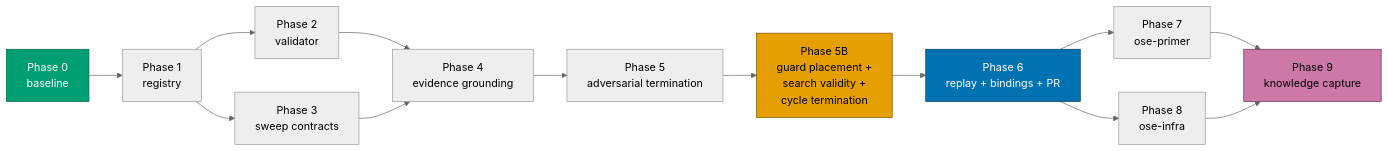
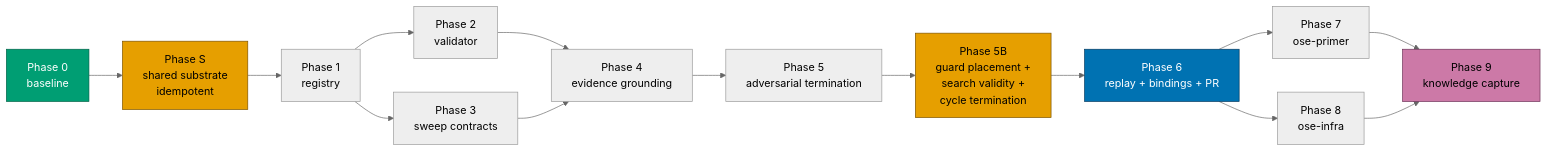
Before and after one commit to wahidyankf/baseerah: the eighth of 8 diagrams in plans/backlog/2026-07-20__repo-rules-quality-gate-convergence/tech-docs.md, drawn with Mermaid (neutral theme). The commit also changed other lines of this file and 11 other files, not shown here.

````diff
--- a/plans/backlog/2026-07-20__repo-rules-quality-gate-convergence/tech-docs.md
+++ b/plans/backlog/2026-07-20__repo-rules-quality-gate-convergence/tech-docs.md
@@ -166,21 +186,23 @@
 ```mermaid
 %% Phase progression with gates
 flowchart LR
-  P0[Phase 0<br/>baseline] --> P1[Phase 1<br/>registry]
+  P0[Phase 0<br/>baseline] --> PS[Phase S<br/>shared substrate<br/>idempotent]
+  PS --> P1[Phase 1<br/>registry]
   P1 --> P2[Phase 2<br/>validator]
   P1 --> P3[Phase 3<br/>sweep contracts]
   P2 --> P4[Phase 4<br/>evidence grounding]
   P3 --> P4
   P4 --> P5[Phase 5<br/>adversarial termination]
   P5 --> P5B[Phase 5B<br/>guard placement +<br/>search validity +<br/>cycle termination]
   P5B --> P6[Phase 6<br/>replay + bindings + PR]
   P6 --> P7[Phase 7<br/>ose-primer]
   P6 --> P8[Phase 8<br/>ose-infra]
   P7 --> P9[Phase 9<br/>knowledge capture]
   P8 --> P9
 
   style P0 fill:#009E73,stroke:#006147,color:#FFFFFF
+  style PS fill:#E69F00,stroke:#7A5200,color:#000000
   style P5B fill:#E69F00,stroke:#7A5200,color:#000000
   style P6 fill:#0072B2,stroke:#04395E,color:#FFFFFF
   style P9 fill:#CC79A7,stroke:#6B2F55,color:#000000
 ```
````
